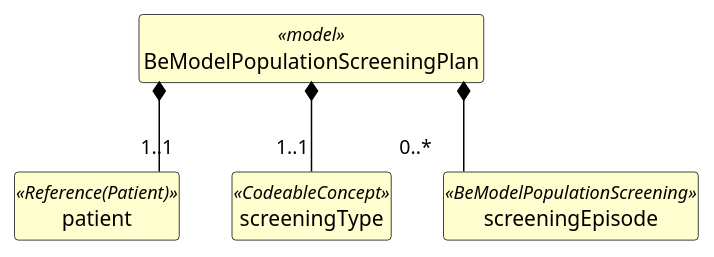
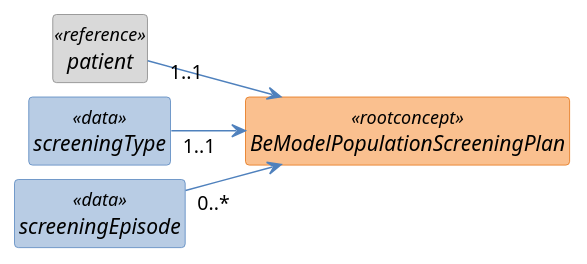
The diagram in exports/diagrams/BeModelPopulationScreeningPlan-uml.puml (caresets/caresets-src), drawn with PlantUML before and after one commit. The commit also changed 287 other files, not shown here.

```diff
--- a/exports/diagrams/BeModelPopulationScreeningPlan-uml.puml
+++ b/exports/diagrams/BeModelPopulationScreeningPlan-uml.puml
@@ -1,30 +1,37 @@
 @startuml
+left to right direction
 skinparam shadowing false
+skinparam nodesep 10
+skinparam ranksep 40
 skinparam classAttributeIconSize 0
-skinparam linetype ortho
 skinparam class {
-  BackgroundColor #FEFECE
-  BorderColor #000000
-  ArrowColor #000000
-  FontStyle bold
-  AttributeFontStyle normal
+  FontStyle italic
+  BackgroundColor<<rootconcept>> #FAC08F
+  BorderColor<<rootconcept>> #E36C0A
+  BackgroundColor<<data>> #B8CCE4
+  BorderColor<<data>> #4F81BD
+  BackgroundColor<<reference>> #D9D9D9
+  BorderColor<<reference>> #808080
+  BackgroundColor<<value set>> #C3D69B
+  BorderColor<<value set>> #77933C
+  ArrowColor #4F81BD
 }
 hide circle
 hide empty members
 
-class "BeModelPopulationScreeningPlan" as BeModelPopulationScreeningPlan <<model>> {
+class "BeModelPopulationScreeningPlan" as BeModelPopulationScreeningPlan <<rootconcept>> {
 }
 
-class "patient" as BeModelPopulationScreeningPlan_patient <<Reference(Patient)>> {
+class "patient" as BeModelPopulationScreeningPlan_patient <<reference>> {
 }
 
-class "screeningType" as BeModelPopulationScreeningPlan_screeningType <<CodeableConcept>> {
+class "screeningType" as BeModelPopulationScreeningPlan_screeningType <<data>> {
 }
 
-class "screeningEpisode" as BeModelPopulationScreeningPlan_screeningEpisode <<BeModelPopulationScreening>> {
+class "screeningEpisode" as BeModelPopulationScreeningPlan_screeningEpisode <<data>> {
 }
 
-BeModelPopulationScreeningPlan *-- "1..1" BeModelPopulationScreeningPlan_patient
-BeModelPopulationScreeningPlan *-- "1..1" BeModelPopulationScreeningPlan_screeningType
-BeModelPopulationScreeningPlan *-- "0..*" BeModelPopulationScreeningPlan_screeningEpisode
+BeModelPopulationScreeningPlan_patient "1..1" --> BeModelPopulationScreeningPlan
+BeModelPopulationScreeningPlan_screeningType "1..1" --> BeModelPopulationScreeningPlan
+BeModelPopulationScreeningPlan_screeningEpisode "0..*" --> BeModelPopulationScreeningPlan
 @enduml
```
